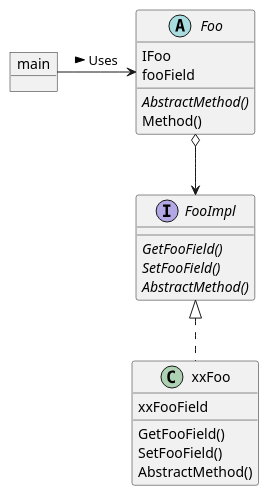
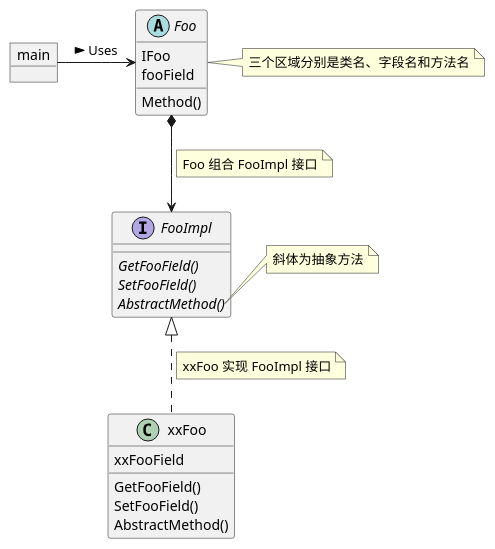
Before and after one commit to A11Might/golang-design-pattern: the diagram in tutorial/class.puml, drawn with PlantUML. The commit also changed 8 other files, not shown here.

Commit message:
add uml tutorial

```diff
--- a/tutorial/class.puml
+++ b/tutorial/class.puml
@@ -1,27 +1,32 @@
 @startuml
 'https://plantuml.com/class-diagram
 
 object main
 abstract class Foo {
     IFoo
     fooField
-    {abstract}AbstractMethod()
     Method()
 }
+note right: 三个区域分别是类名、字段名和方法名
 interface FooImpl {
     {abstract}GetFooField()
 	{abstract}SetFooField()
 	{abstract}AbstractMethod()
 }
+note right of FooImpl::AbstractMethod
+    斜体为抽象方法
+end note
 class xxFoo {
     xxFooField
     GetFooField()
 	SetFooField()
 	AbstractMethod()
 }
 
 main -> Foo: Uses >
-Foo o--> FooImpl
+Foo *--> FooImpl
+note on link: Foo 组合 FooImpl 接口
 FooImpl <|.. xxFoo
+note on link: xxFoo 实现 FooImpl 接口
 
 @enduml
```
